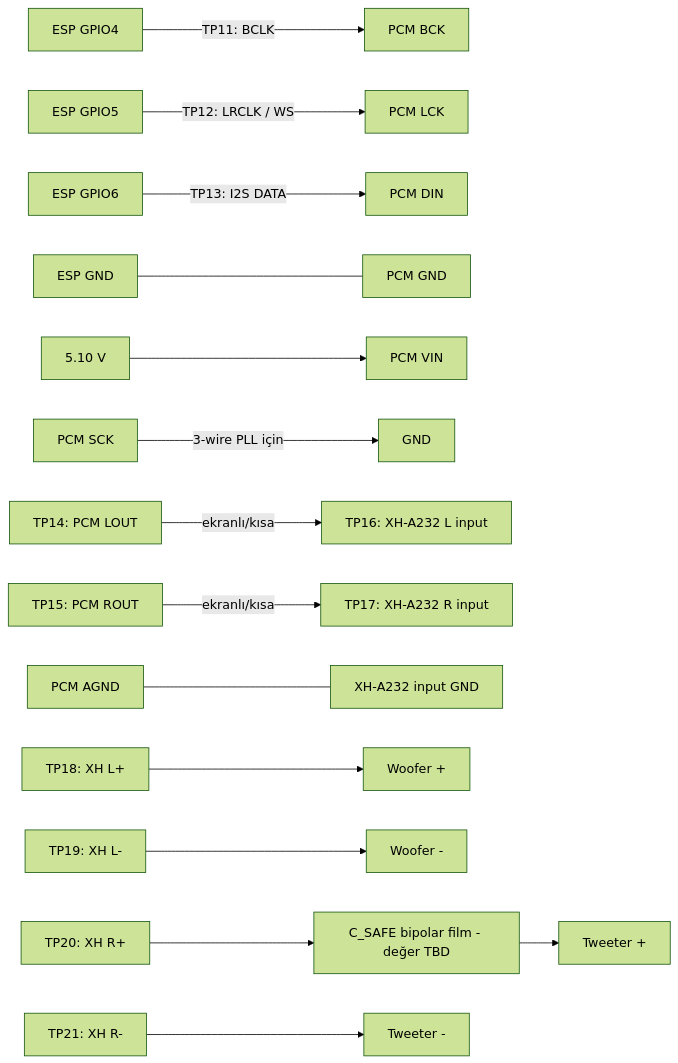
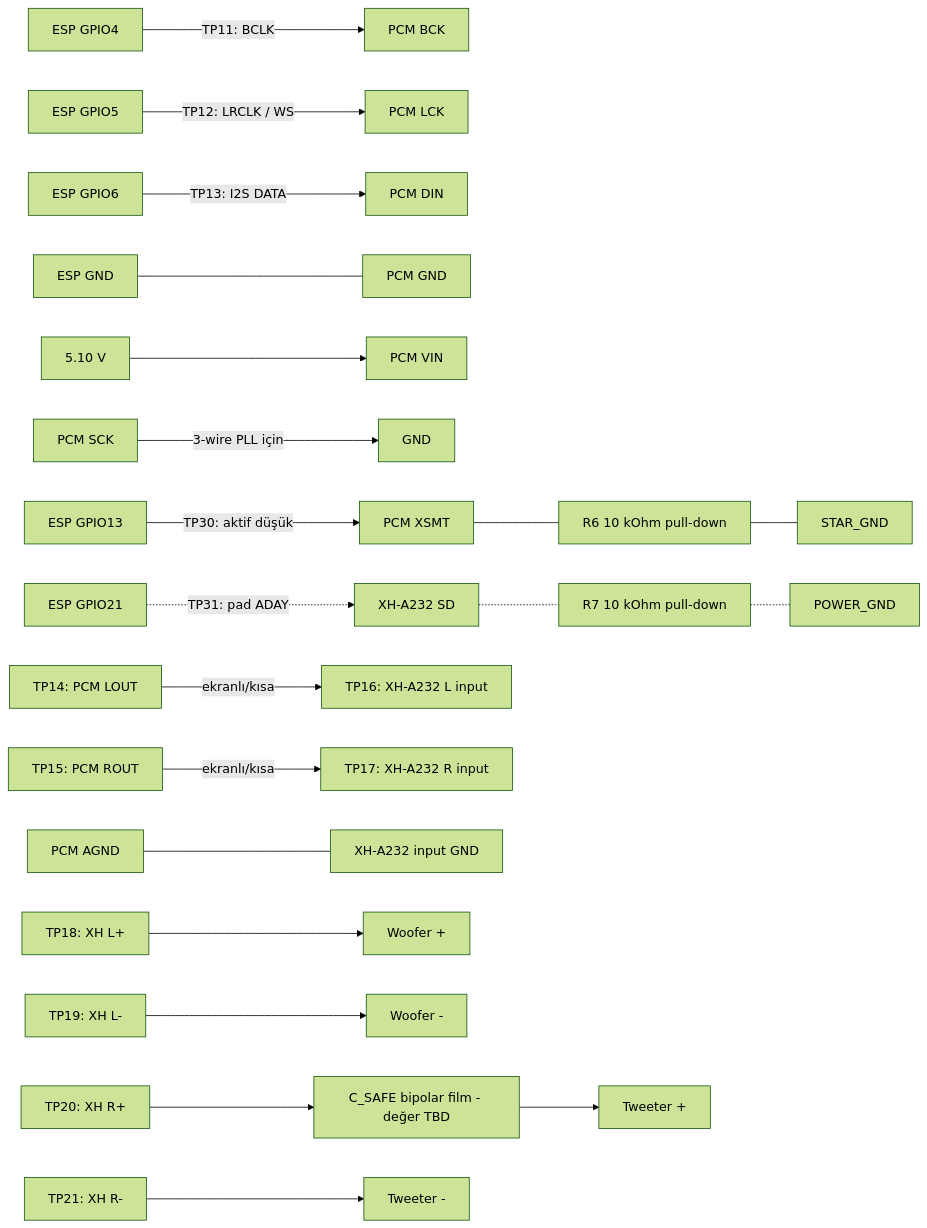
Before and after one commit to ktahatastan/esp32-airplay-speakers: the fourth of 8 diagrams in docs/02-hardware/circuit-and-wiring-plan.md, drawn with Mermaid (forest theme). The commit also changed other lines of this file and 5 other files, not shown here.

````diff
--- a/docs/02-hardware/circuit-and-wiring-plan.md
+++ b/docs/02-hardware/circuit-and-wiring-plan.md
@@ -190,19 +194,24 @@
 ```mermaid
 flowchart LR
     G4[ESP GPIO4] -->|TP11: BCLK| BCK[PCM BCK]
     G5[ESP GPIO5] -->|TP12: LRCLK / WS| LCK[PCM LCK]
     G6[ESP GPIO6] -->|TP13: I2S DATA| DIN[PCM DIN]
     DG[ESP GND] --- PG[PCM GND]
     P5[5.10 V] --> VIN[PCM VIN]
     SCK[PCM SCK] -->|3-wire PLL için| SGND[GND]
+
+    G13[ESP GPIO13] -->|TP30: aktif düşük| XSMT[PCM XSMT]
+    XSMT --- R6[R6 10 kOhm pull-down] --- SG[STAR_GND]
+    G21[ESP GPIO21] -.->|TP31: pad ADAY| SD[XH-A232 SD]
+    SD -.- R7[R7 10 kOhm pull-down] -.- PG2[POWER_GND]
 
     LOUT[TP14: PCM LOUT] -->|ekranlı/kısa| LIN[TP16: XH-A232 L input]
     ROUT[TP15: PCM ROUT] -->|ekranlı/kısa| RIN[TP17: XH-A232 R input]
     AG[PCM AGND] --- AING[XH-A232 input GND]
 
     LPLUS[TP18: XH L+] --> WPLUS[Woofer +]
     LMINUS[TP19: XH L-] --> WMINUS[Woofer -]
     RPLUS[TP20: XH R+] --> CSAFE[C_SAFE bipolar film - değer TBD]
     CSAFE --> TPLUS[Tweeter +]
     RMINUS[TP21: XH R-] --> TMINUS[Tweeter -]
 ```
````
